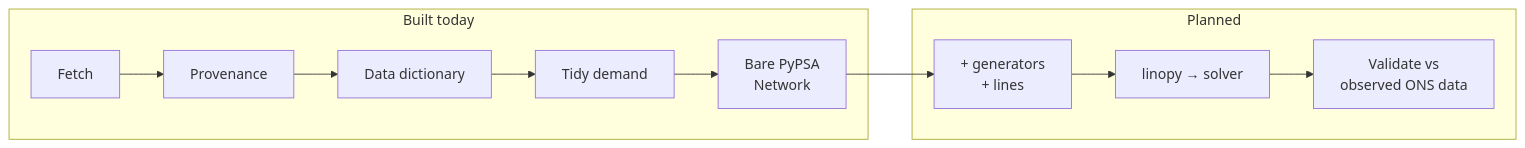
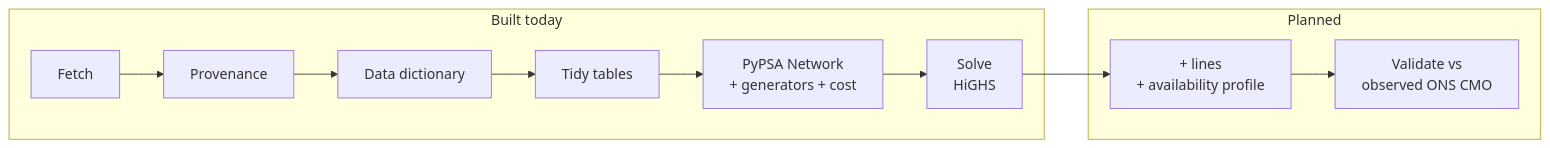
The second of 12 diagrams in docs/STACK.md (leonardovbonatto/pypsa-meets-brazil), drawn with Mermaid before and after one commit. The commit also changed other lines of this file and 9 other files, not shown here.

````diff
--- a/docs/STACK.md
+++ b/docs/STACK.md
@@ -74,14 +76,14 @@
 ```mermaid
 flowchart LR
     subgraph BUILT["Built today"]
         A["Fetch"] --> B["Provenance"]
         B --> C["Data dictionary"]
-        C --> D["Tidy demand"]
-        D --> E["Bare PyPSA<br/>Network"]
+        C --> D["Tidy tables"]
+        D --> E["PyPSA Network<br/>+ generators + cost"]
+        E --> S["Solve<br/>HiGHS"]
     end
     subgraph PLANNED["Planned"]
-        F["+ generators<br/>+ lines"] --> G["linopy → solver"]
-        G --> H["Validate vs<br/>observed ONS data"]
+        F["+ lines<br/>+ availability profile"] --> G["Validate vs<br/>observed ONS CMO"]
     end
-    E --> F
+    S --> F
 ```
````
